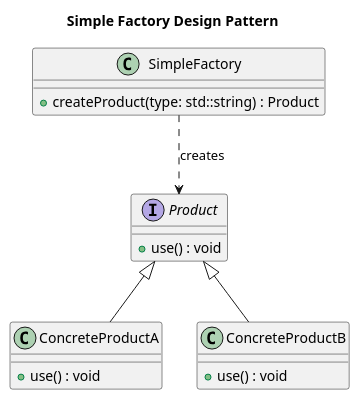
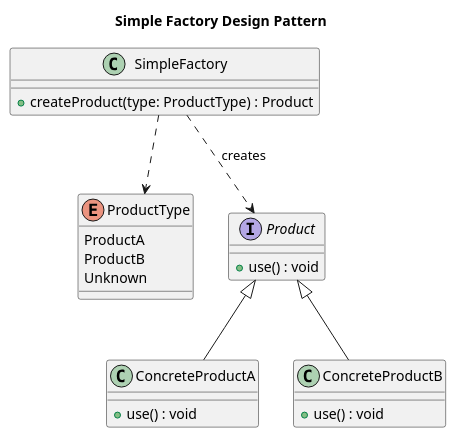
Before and after one commit to hummels-jp/program: the diagram in designModel/src/Simple_Factory.puml, drawn with PlantUML. The commit also changed 21 other files, not shown here.

```diff
--- a/designModel/src/Simple_Factory.puml
+++ b/designModel/src/Simple_Factory.puml
@@ -1,25 +1,32 @@
 @startuml
 title Simple Factory Design Pattern
+
+enum ProductType {
+    ProductA
+    ProductB
+    Unknown
+}
 
 interface Product {
     + use() : void
 }
 
 class ConcreteProductA {
     + use() : void
 }
 
 class ConcreteProductB {
     + use() : void
 }
 
 Product <|-- ConcreteProductA
 Product <|-- ConcreteProductB
 
 class SimpleFactory {
-    + createProduct(type: std::string) : Product
+    + createProduct(type: ProductType) : Product
 }
 
 SimpleFactory ..> Product : "creates"
+SimpleFactory ..> ProductType
 
 @enduml
```
